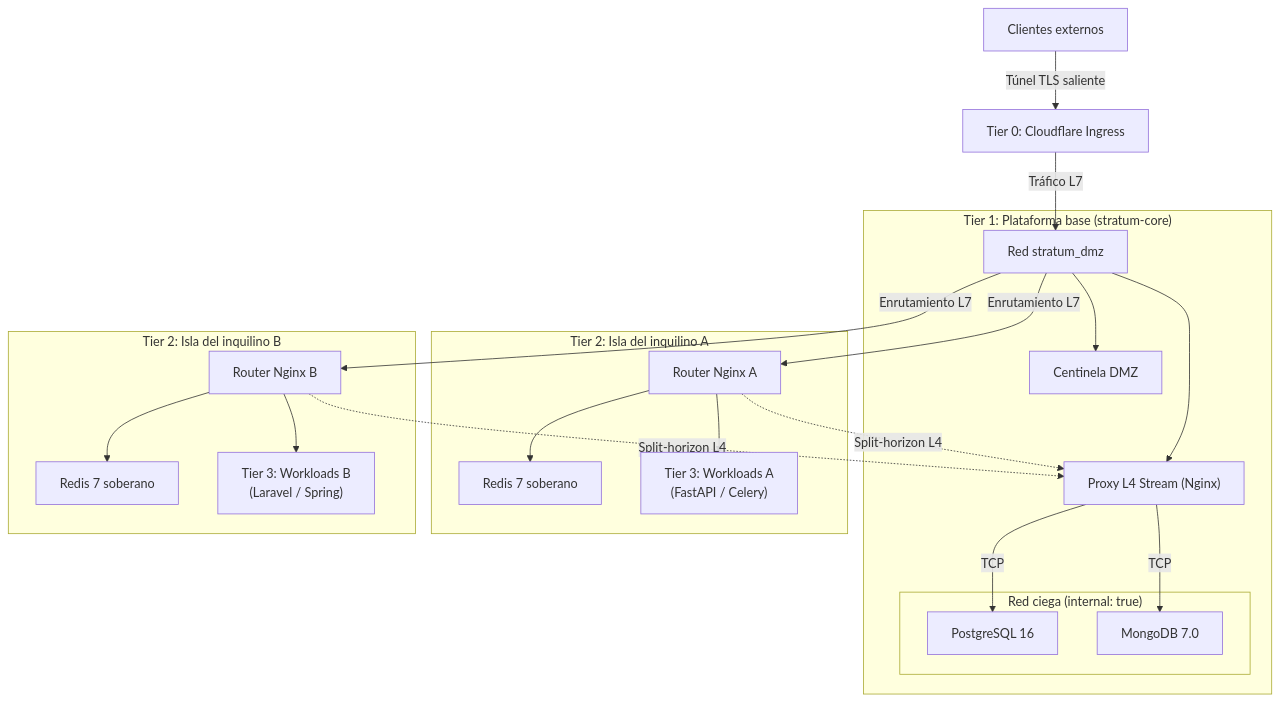
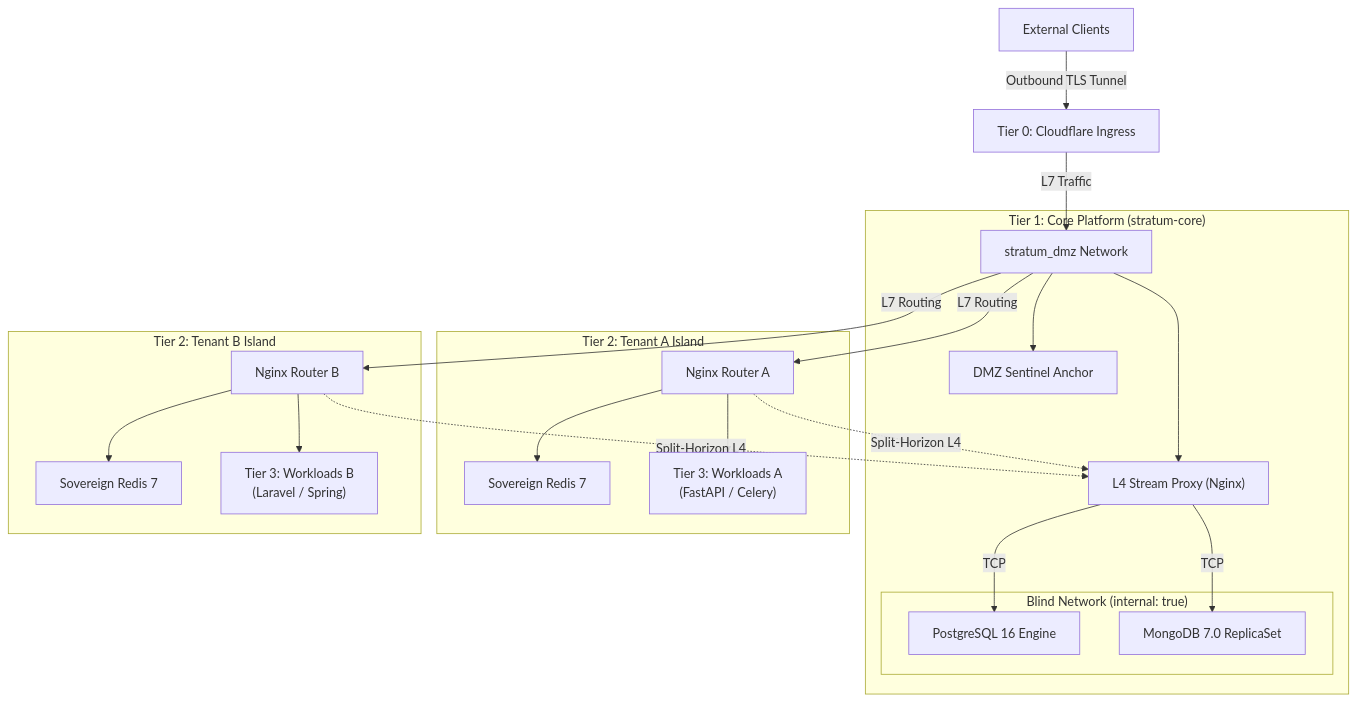
One commit to isora-cloud-group/stratum-hub changed the second of 4 diagrams in README.md. Above: the diagram before and after it, drawn with Mermaid. The commit also changed other lines of this file, not shown here.

````diff
--- a/README.md
+++ b/README.md
@@ -76,46 +76,46 @@
 ```mermaid
 flowchart TD
-    EXT["Clientes externos"] -->|"Túnel TLS saliente"| T0["Tier 0: Cloudflare Ingress"]
+    EXT["External Clients"] -->|"Outbound TLS Tunnel"| T0["Tier 0: Cloudflare Ingress"]
     
-    subgraph CorePlatform ["Tier 1: Plataforma base (stratum-core)"]
-        DMZ["Red stratum_dmz"]
-        ANCHOR["Centinela DMZ"]
-        L4PROXY["Proxy L4 Stream (Nginx)"]
+    subgraph CorePlatform ["Tier 1: Core Platform (stratum-core)"]
+        DMZ["stratum_dmz Network"]
+        ANCHOR["DMZ Sentinel Anchor"]
+        L4PROXY["L4 Stream Proxy (Nginx)"]
         
-        subgraph BlindDataTier ["Red ciega (internal: true)"]
-            PG["PostgreSQL 16"]
-            MONGO["MongoDB 7.0"]
+        subgraph BlindDataTier ["Blind Network (internal: true)"]
+            PG["PostgreSQL 16 Engine"]
+            MONGO["MongoDB 7.0 ReplicaSet"]
         end
         
         DMZ --> ANCHOR
         DMZ --> L4PROXY
         L4PROXY -->|"TCP"| PG
         L4PROXY -->|"TCP"| MONGO
     end
     
-    T0 -->|"Tráfico L7"| DMZ
+    T0 -->|"L7 Traffic"| DMZ
     
-    subgraph OrgA ["Tier 2: Isla del inquilino A"]
-        ROUTER_A["Router Nginx A"]
-        REDIS_A["Redis 7 soberano"]
+    subgraph OrgA ["Tier 2: Tenant A Island"]
+        ROUTER_A["Nginx Router A"]
+        REDIS_A["Sovereign Redis 7"]
         W_A["Tier 3: Workloads A<br/>(FastAPI / Celery)"]
         
         ROUTER_A --> REDIS_A
         ROUTER_A --> W_A
     end
     
-    subgraph OrgB ["Tier 2: Isla del inquilino B"]
-        ROUTER_B["Router Nginx B"]
-        REDIS_B["Redis 7 soberano"]
+    subgraph OrgB ["Tier 2: Tenant B Island"]
+        ROUTER_B["Nginx Router B"]
+        REDIS_B["Sovereign Redis 7"]
         W_B["Tier 3: Workloads B<br/>(Laravel / Spring)"]
         
         ROUTER_B --> REDIS_B
         ROUTER_B --> W_B
     end
     
-    DMZ -->|"Enrutamiento L7"| ROUTER_A
-    DMZ -->|"Enrutamiento L7"| ROUTER_B
+    DMZ -->|"L7 Routing"| ROUTER_A
+    DMZ -->|"L7 Routing"| ROUTER_B
     
-    ROUTER_A -.->|"Split-horizon L4"| L4PROXY
-    ROUTER_B -.->|"Split-horizon L4"| L4PROXY
+    ROUTER_A -.->|"Split-Horizon L4"| L4PROXY
+    ROUTER_B -.->|"Split-Horizon L4"| L4PROXY
 ```
````
